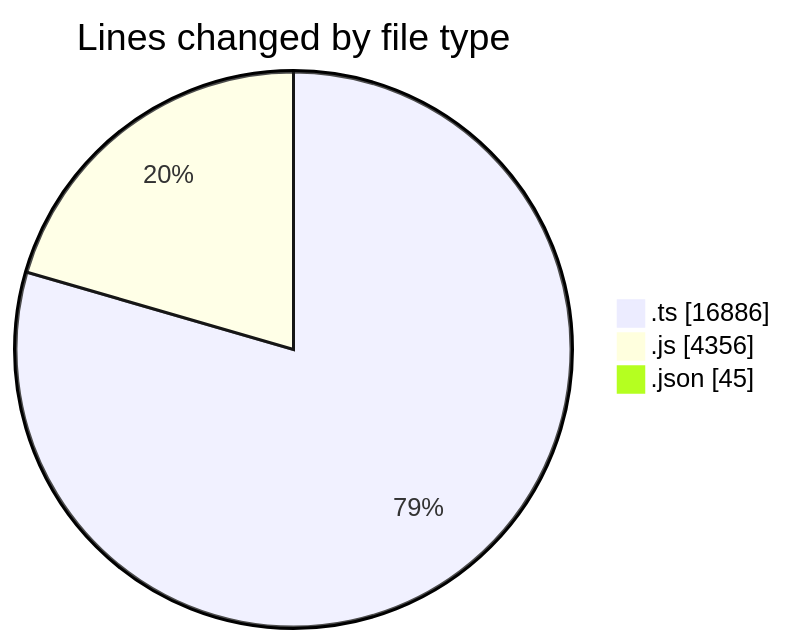
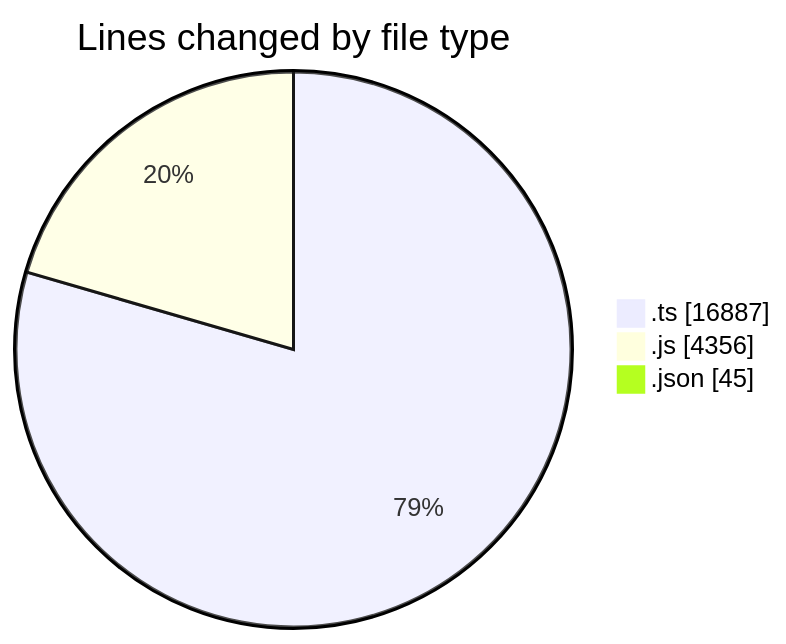
One commit to momahboobian/code-tracking changed the first of 2 diagrams in 2025-07-29/cda/README.md. Above: the diagram before and after it, drawn with Mermaid. The commit also changed other lines of this file and 1 other file, not shown here.

````diff
--- a/2025-07-29/cda/README.md
+++ b/2025-07-29/cda/README.md
@@ -30,7 +30,7 @@
 ```mermaid
 pie showData
 title Lines changed by file type
-".ts" : 16886
+".ts" : 16887
 ".js" : 4356
 ".json" : 45
 ```
````
